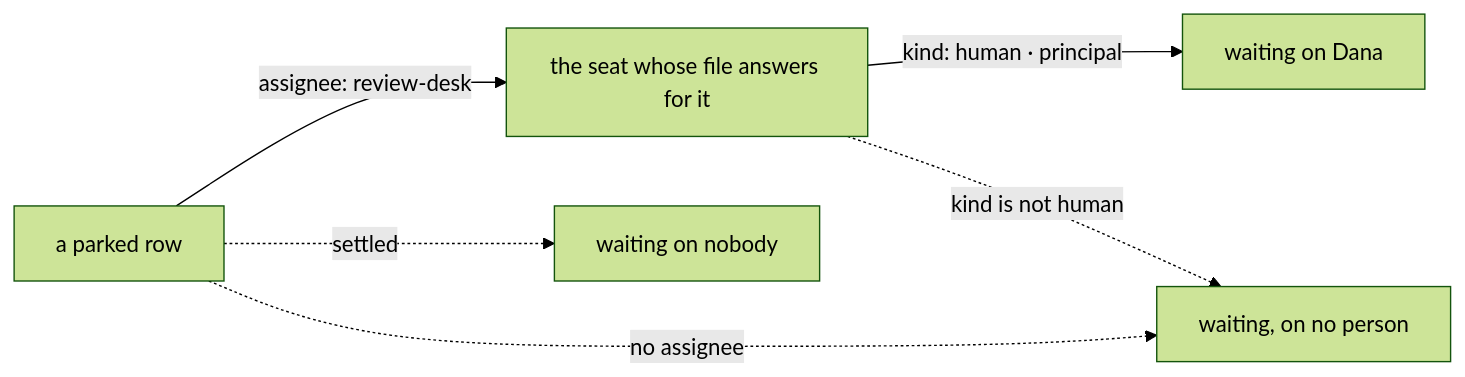
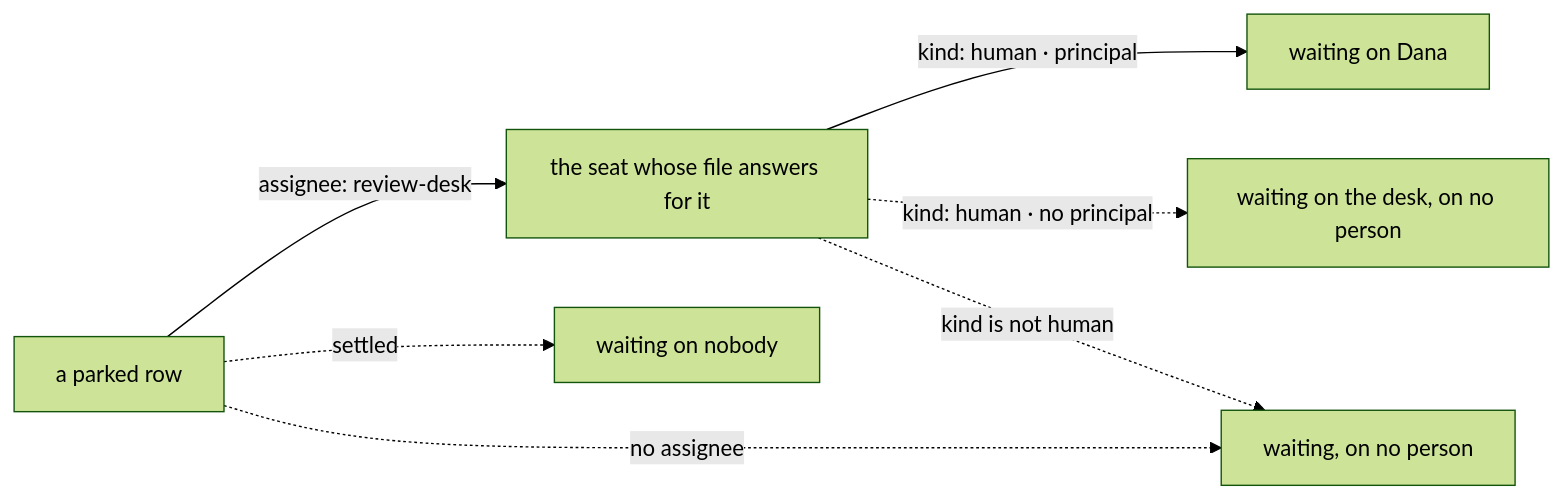
Before and after one commit to fixpoint-labs/flow-state-dev: the diagram in spec/FIX-1458/BUSINESS-RULES.md, drawn with Mermaid (forest theme). The commit also changed other lines of this file and 7 other files, not shown here.

````diff
--- a/spec/FIX-1458/BUSINESS-RULES.md
+++ b/spec/FIX-1458/BUSINESS-RULES.md
@@ -31,8 +37,9 @@
 ```mermaid
 flowchart LR
   R["a parked row"] -->|"assignee: review-desk"| S["the seat whose file answers for it"]
   S -->|"kind: human · principal"| P["waiting on Dana"]
+  S -.->|"kind: human · no principal"| D["waiting on the desk, on no person"]
   S -.->|"kind is not human"| N["waiting, on no person"]
   R -.->|"no assignee"| N
   R -.->|"settled"| Z["waiting on nobody"]
 ```
````
